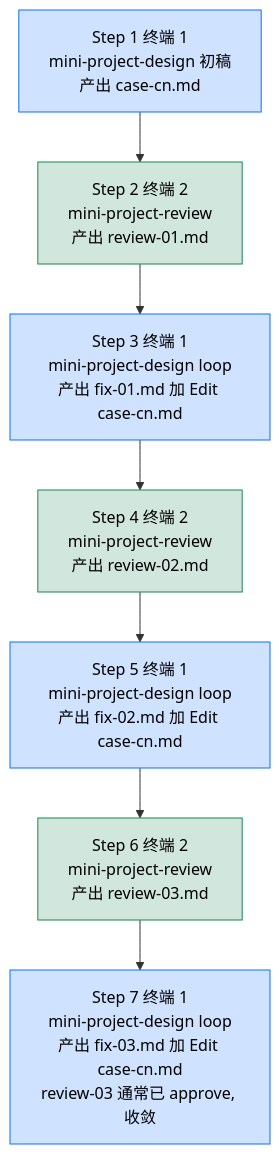
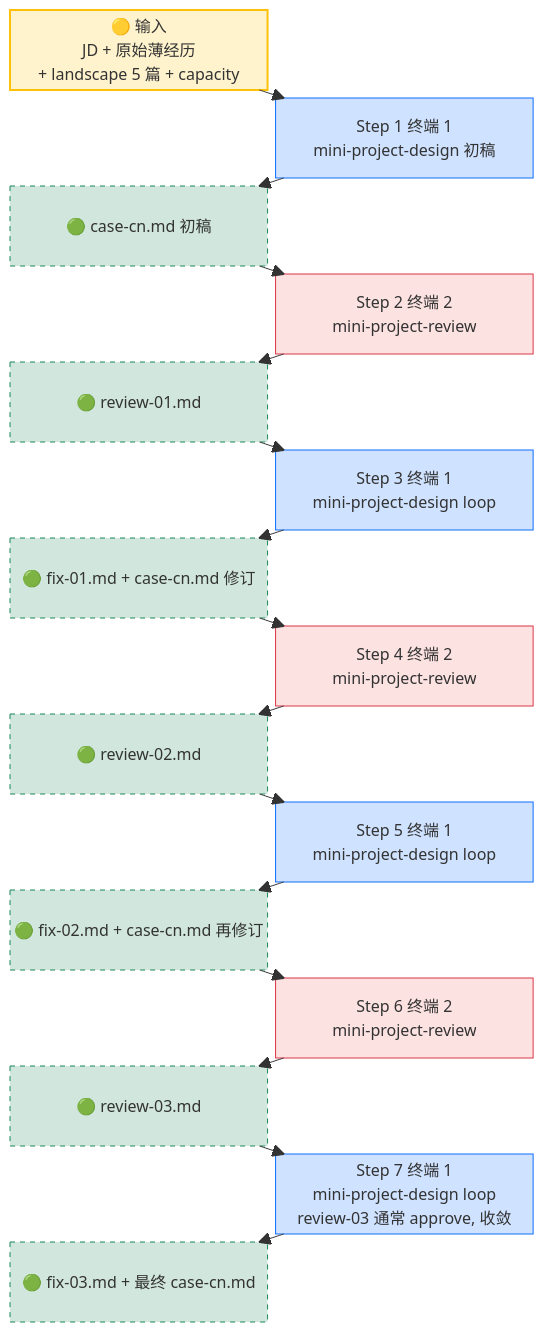
Before and after one commit to YingqiangYuan/Resume_Matrix: the second of 2 diagrams in examples/07-elevate-existing-project/README-cn.md, drawn with Mermaid. The commit also changed other lines of this file, not shown here.

````diff
--- a/examples/07-elevate-existing-project/README-cn.md
+++ b/examples/07-elevate-existing-project/README-cn.md
@@ -204,17 +204,50 @@
 ```mermaid
-flowchart TD
-    S1[Step 1 终端 1<br/>mini-project-design 初稿<br/>产出 case-cn.md]
-    S2[Step 2 终端 2<br/>mini-project-review<br/>产出 review-01.md]
-    S3[Step 3 终端 1<br/>mini-project-design loop<br/>产出 fix-01.md 加 Edit case-cn.md]
-    S4[Step 4 终端 2<br/>mini-project-review<br/>产出 review-02.md]
-    S5[Step 5 终端 1<br/>mini-project-design loop<br/>产出 fix-02.md 加 Edit case-cn.md]
-    S6[Step 6 终端 2<br/>mini-project-review<br/>产出 review-03.md]
-    S7[Step 7 终端 1<br/>mini-project-design loop<br/>产出 fix-03.md 加 Edit case-cn.md<br/>review-03 通常已 approve, 收敛]
+block-beta
+columns 2
+  IN["🟡 输入<br/>JD + 原始薄经历<br/>+ landscape 5 篇 + capacity"] space
+  space S1["Step 1 终端 1<br/>mini-project-design 初稿"]
+  L1["🟢 case-cn.md 初稿"] space
+  space S2["Step 2 终端 2<br/>mini-project-review"]
+  L2["🟢 review-01.md"] space
+  space S3["Step 3 终端 1<br/>mini-project-design loop"]
+  L3["🟢 fix-01.md + case-cn.md 修订"] space
+  space S4["Step 4 终端 2<br/>mini-project-review"]
+  L4["🟢 review-02.md"] space
+  space S5["Step 5 终端 1<br/>mini-project-design loop"]
+  L5["🟢 fix-02.md + case-cn.md 再修订"] space
+  space S6["Step 6 终端 2<br/>mini-project-review"]
+  L6["🟢 review-03.md"] space
+  space S7["Step 7 终端 1<br/>mini-project-design loop<br/>review-03 通常 approve, 收敛"]
+  L7["🟢 fix-03.md + 最终 case-cn.md"] space
 
-    S1 --> S2 --> S3 --> S4 --> S5 --> S6 --> S7
+  IN --> S1
+  S1 --> L1
+  L1 --> S2
+  S2 --> L2
+  L2 --> S3
+  S3 --> L3
+  L3 --> S4
+  S4 --> L4
+  L4 --> S5
+  S5 --> L5
+  L5 --> S6
+  S6 --> L6
+  L6 --> S7
+  S7 --> L7
 
-    classDef t1 fill:#cfe2ff,stroke:#0d6efd,color:#000
-    classDef t2 fill:#d1e7dd,stroke:#198754,color:#000
-    class S1,S3,S5,S7 t1
-    class S2,S4,S6 t2
+  style IN fill:#fff3cd,stroke:#ffc107,stroke-width:2px
+  style L1 fill:#d1e7dd,stroke:#198754,stroke-dasharray: 5 5
+  style L2 fill:#d1e7dd,stroke:#198754,stroke-dasharray: 5 5
+  style L3 fill:#d1e7dd,stroke:#198754,stroke-dasharray: 5 5
+  style L4 fill:#d1e7dd,stroke:#198754,stroke-dasharray: 5 5
+  style L5 fill:#d1e7dd,stroke:#198754,stroke-dasharray: 5 5
+  style L6 fill:#d1e7dd,stroke:#198754,stroke-dasharray: 5 5
+  style L7 fill:#d1e7dd,stroke:#198754,stroke-dasharray: 5 5
+  style S1 fill:#cfe2ff,stroke:#0d6efd
+  style S2 fill:#fde2e2,stroke:#dc3545
+  style S3 fill:#cfe2ff,stroke:#0d6efd
+  style S4 fill:#fde2e2,stroke:#dc3545
+  style S5 fill:#cfe2ff,stroke:#0d6efd
+  style S6 fill:#fde2e2,stroke:#dc3545
+  style S7 fill:#cfe2ff,stroke:#0d6efd
 ```
````
